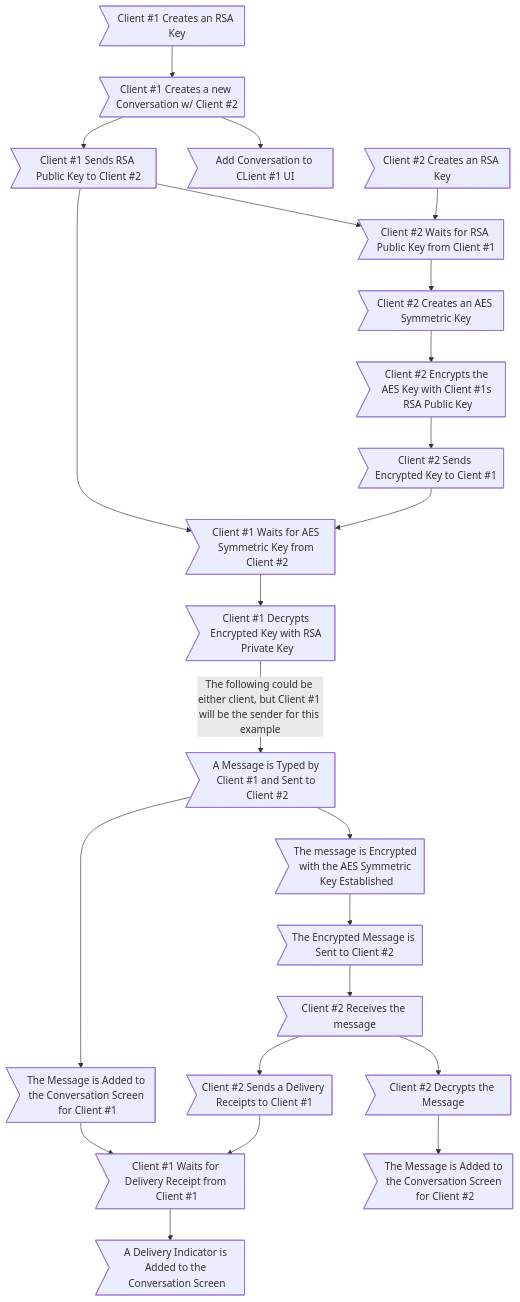
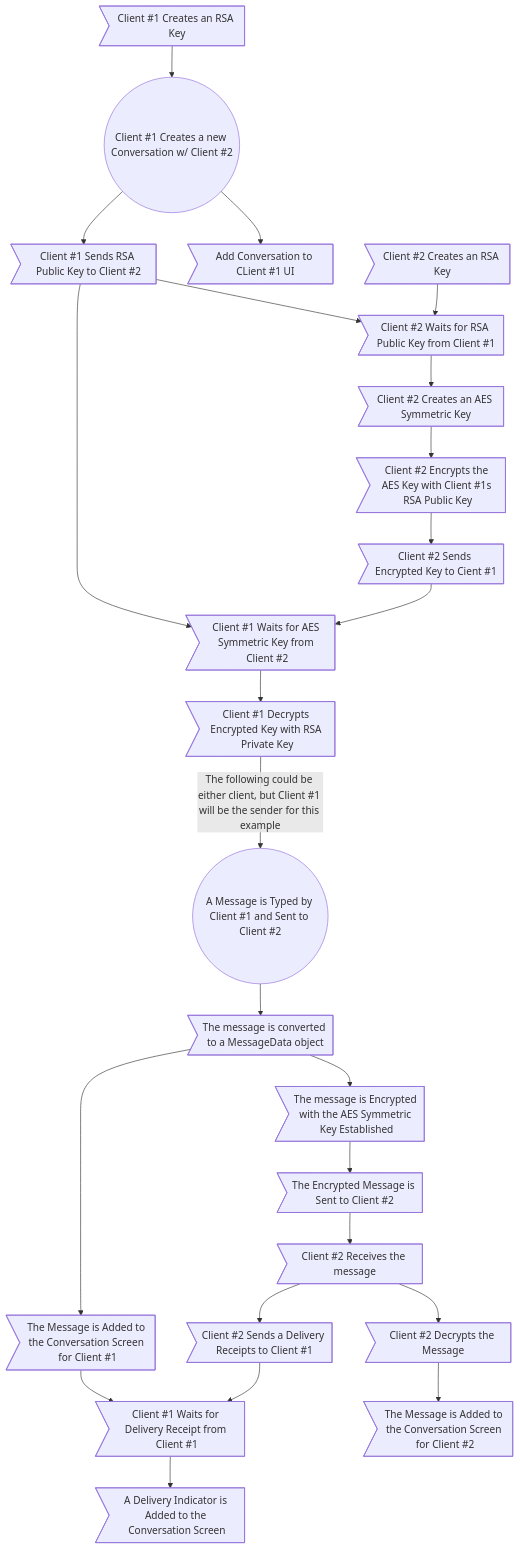
The diagram in README.md (xXCrash2BomberXx/TinyChat), drawn with Mermaid before and after one commit.

````diff
--- a/README.md
+++ b/README.md
@@ -72,25 +72,26 @@
 ```mermaid
 graph TB;
-  A>Client #1 Creates an RSA Key] --> B>Client #1 Creates a new Conversation w/ Client #2];
+  A>Client #1 Creates an RSA Key] --> B((Client #1 Creates a new Conversation w/ Client #2));
   B --> D>Add Conversation to CLient #1 UI];
   B --> E>Client #1 Sends RSA Public Key to Client #2];
   F>Client #2 Creates an RSA Key] --> G>Client #2 Waits for RSA Public Key from Client #1];
   E --> G;
   G --> H>Client #2 Creates an AES Symmetric Key];
   H -->I>Client #2 Encrypts the AES Key with Client #1s RSA Public Key];
   I -->J>Client #2 Sends Encrypted Key to Cient #1];
   E --> K>Client #1 Waits for AES Symmetric Key from Client #2];
   J --> K;
   K --> L>Client #1 Decrypts Encrypted Key with RSA Private Key];
-  L --> |The following could be either client, but Client #1 will be the sender for this example| M>A Message is Typed by Client #1 and Sent to Client #2];
-  M --> N>The message is Encrypted with the AES Symmetric Key Established];
+  L --> |The following could be either client, but Client #1 will be the sender for this example| M((A Message is Typed by Client #1 and Sent to Client #2));
+  M --> W>The message is converted to a MessageData object];
+  W --> N>The message is Encrypted with the AES Symmetric Key Established];
   N --> O>The Encrypted Message is Sent to Client #2];
-  M --> Q>The Message is Added to the Conversation Screen for Client #1];
+  W --> Q>The Message is Added to the Conversation Screen for Client #1];
   Q --> R>Client #1 Waits for Delivery Receipt from Client #1];
   R --> V>A Delivery Indicator is Added to the Conversation Screen];
   O --> P>Client #2 Receives the message];
   P --> S>Client #2 Decrypts the Message];
   S --> T>The Message is Added to the Conversation Screen for Client #2];
   P --> U>Client #2 Sends a Delivery Receipts to Client #1];
   U --> R;
 ```
````
